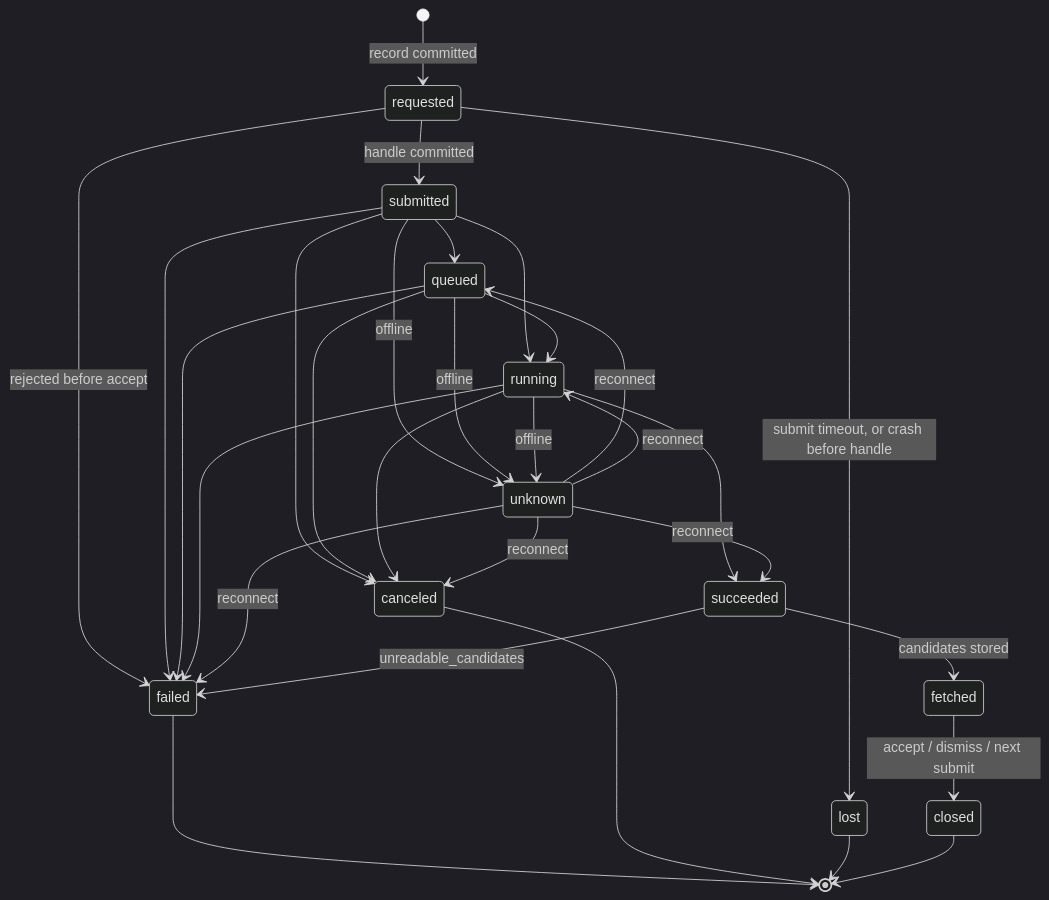
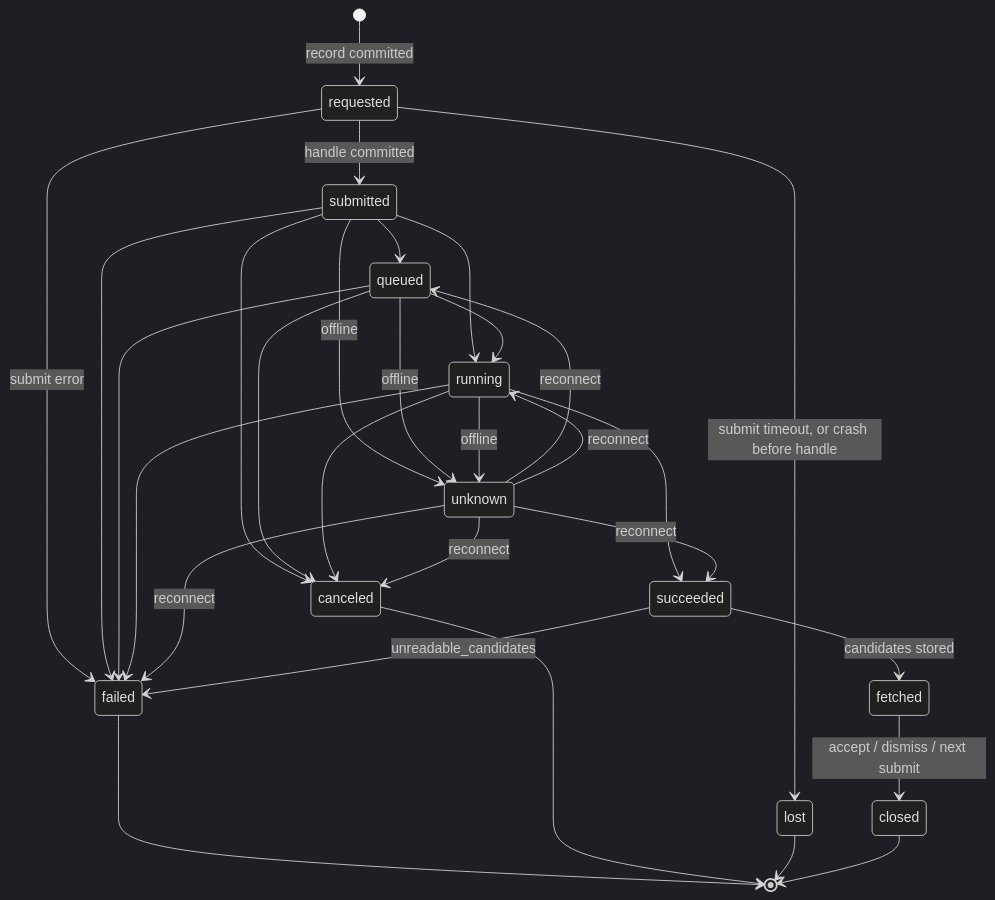
The diagram in docs/specs/region-edit.md (szymonbalasz/pocket-forge), drawn with Mermaid (dark theme) before and after one commit. The commit also changed other lines of this file and 5 other files, not shown here.

````diff
--- a/docs/specs/region-edit.md
+++ b/docs/specs/region-edit.md
@@ -186,32 +185,32 @@
 ```mermaid
 stateDiagram-v2
   [*] --> requested: record committed
   requested --> submitted: handle committed
-  requested --> failed: rejected before accept
+  requested --> failed: submit error
   requested --> lost: submit timeout, or crash before handle
   submitted --> queued
   submitted --> running
   queued --> running
   running --> succeeded
   submitted --> unknown: offline
   queued --> unknown: offline
   running --> unknown: offline
   unknown --> queued: reconnect
   unknown --> running: reconnect
   unknown --> succeeded: reconnect
   submitted --> failed
   queued --> failed
   running --> failed
   unknown --> failed: reconnect
   submitted --> canceled
   queued --> canceled
   running --> canceled
   unknown --> canceled: reconnect
   succeeded --> fetched: candidates stored
   succeeded --> failed: unreadable_candidates
   fetched --> closed: accept / dismiss / next submit
   failed --> [*]
   canceled --> [*]
   lost --> [*]
   closed --> [*]
 ```
````
